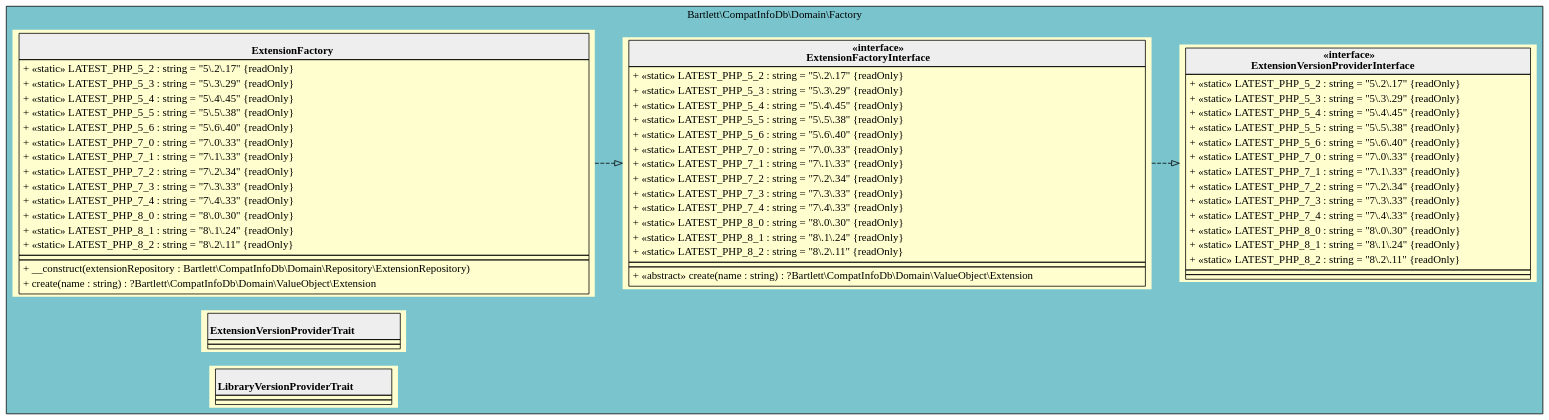
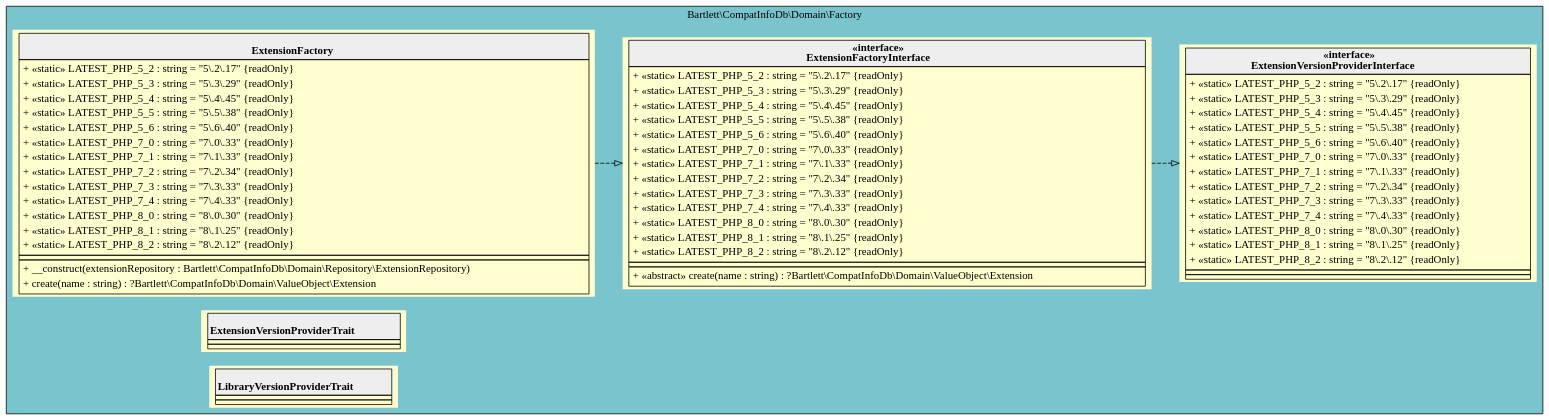
One commit to llaville/php-compatinfo-db changed the diagram in 5.x/assets/images/domain-factory.html.gv. Above: the diagram before and after it, drawn with Graphviz. The commit also changed 39 other files, not shown here.

```diff
--- a/5.x/assets/images/domain-factory.html.gv
+++ b/5.x/assets/images/domain-factory.html.gv
@@ -1,90 +1,90 @@
 digraph {
   graph [rankdir="LR" bgcolor="transparent"]
   node [fillcolor="#FEFECE" style="filled"]
   subgraph cluster_0 {
     graph [bgcolor="cadetblue3"]
     label = "Bartlett\\CompatInfoDb\\Domain\\Factory"
     "Bartlett\\CompatInfoDb\\Domain\\Factory\\ExtensionFactory" [shape="none" label=<
 <table cellspacing="0" border="0" cellborder="1">
     <tr><td bgcolor="#eeeeee"><b><br/>ExtensionFactory</b></td></tr>
     <tr><td><table border="0" cellspacing="0" cellpadding="2">
     <tr><td align="left">+ «static» LATEST_PHP_5_2 : string = "5\.2\.17" {readOnly}</td></tr>
     <tr><td align="left">+ «static» LATEST_PHP_5_3 : string = "5\.3\.29" {readOnly}</td></tr>
     <tr><td align="left">+ «static» LATEST_PHP_5_4 : string = "5\.4\.45" {readOnly}</td></tr>
     <tr><td align="left">+ «static» LATEST_PHP_5_5 : string = "5\.5\.38" {readOnly}</td></tr>
     <tr><td align="left">+ «static» LATEST_PHP_5_6 : string = "5\.6\.40" {readOnly}</td></tr>
     <tr><td align="left">+ «static» LATEST_PHP_7_0 : string = "7\.0\.33" {readOnly}</td></tr>
     <tr><td align="left">+ «static» LATEST_PHP_7_1 : string = "7\.1\.33" {readOnly}</td></tr>
     <tr><td align="left">+ «static» LATEST_PHP_7_2 : string = "7\.2\.34" {readOnly}</td></tr>
     <tr><td align="left">+ «static» LATEST_PHP_7_3 : string = "7\.3\.33" {readOnly}</td></tr>
     <tr><td align="left">+ «static» LATEST_PHP_7_4 : string = "7\.4\.33" {readOnly}</td></tr>
     <tr><td align="left">+ «static» LATEST_PHP_8_0 : string = "8\.0\.30" {readOnly}</td></tr>
-    <tr><td align="left">+ «static» LATEST_PHP_8_1 : string = "8\.1\.24" {readOnly}</td></tr>
-    <tr><td align="left">+ «static» LATEST_PHP_8_2 : string = "8\.2\.11" {readOnly}</td></tr>
+    <tr><td align="left">+ «static» LATEST_PHP_8_1 : string = "8\.1\.25" {readOnly}</td></tr>
+    <tr><td align="left">+ «static» LATEST_PHP_8_2 : string = "8\.2\.12" {readOnly}</td></tr>
 </table></td></tr>
     <tr><td></td></tr>
     <tr><td><table border="0" cellspacing="0" cellpadding="2">
     <tr><td align="left">+ __construct(extensionRepository : Bartlett\\CompatInfoDb\\Domain\\Repository\\ExtensionRepository)</td></tr>
     <tr><td align="left">+ create(name : string) : ?Bartlett\\CompatInfoDb\\Domain\\ValueObject\\Extension</td></tr>
 </table></td></tr>
 </table>>]
     "Bartlett\\CompatInfoDb\\Domain\\Factory\\ExtensionFactoryInterface" [shape="none" label=<
 <table cellspacing="0" border="0" cellborder="1">
     <tr><td bgcolor="#eeeeee"><b>«interface»<br/>ExtensionFactoryInterface</b></td></tr>
     <tr><td><table border="0" cellspacing="0" cellpadding="2">
     <tr><td align="left">+ «static» LATEST_PHP_5_2 : string = "5\.2\.17" {readOnly}</td></tr>
     <tr><td align="left">+ «static» LATEST_PHP_5_3 : string = "5\.3\.29" {readOnly}</td></tr>
     <tr><td align="left">+ «static» LATEST_PHP_5_4 : string = "5\.4\.45" {readOnly}</td></tr>
     <tr><td align="left">+ «static» LATEST_PHP_5_5 : string = "5\.5\.38" {readOnly}</td></tr>
     <tr><td align="left">+ «static» LATEST_PHP_5_6 : string = "5\.6\.40" {readOnly}</td></tr>
     <tr><td align="left">+ «static» LATEST_PHP_7_0 : string = "7\.0\.33" {readOnly}</td></tr>
     <tr><td align="left">+ «static» LATEST_PHP_7_1 : string = "7\.1\.33" {readOnly}</td></tr>
     <tr><td align="left">+ «static» LATEST_PHP_7_2 : string = "7\.2\.34" {readOnly}</td></tr>
     <tr><td align="left">+ «static» LATEST_PHP_7_3 : string = "7\.3\.33" {readOnly}</td></tr>
     <tr><td align="left">+ «static» LATEST_PHP_7_4 : string = "7\.4\.33" {readOnly}</td></tr>
     <tr><td align="left">+ «static» LATEST_PHP_8_0 : string = "8\.0\.30" {readOnly}</td></tr>
-    <tr><td align="left">+ «static» LATEST_PHP_8_1 : string = "8\.1\.24" {readOnly}</td></tr>
-    <tr><td align="left">+ «static» LATEST_PHP_8_2 : string = "8\.2\.11" {readOnly}</td></tr>
+    <tr><td align="left">+ «static» LATEST_PHP_8_1 : string = "8\.1\.25" {readOnly}</td></tr>
+    <tr><td align="left">+ «static» LATEST_PHP_8_2 : string = "8\.2\.12" {readOnly}</td></tr>
 </table></td></tr>
     <tr><td></td></tr>
     <tr><td><table border="0" cellspacing="0" cellpadding="2">
     <tr><td align="left">+ «abstract» create(name : string) : ?Bartlett\\CompatInfoDb\\Domain\\ValueObject\\Extension</td></tr>
 </table></td></tr>
 </table>>]
     "Bartlett\\CompatInfoDb\\Domain\\Factory\\ExtensionVersionProviderInterface" [shape="none" label=<
 <table cellspacing="0" border="0" cellborder="1">
     <tr><td bgcolor="#eeeeee"><b>«interface»<br/>ExtensionVersionProviderInterface</b></td></tr>
     <tr><td><table border="0" cellspacing="0" cellpadding="2">
     <tr><td align="left">+ «static» LATEST_PHP_5_2 : string = "5\.2\.17" {readOnly}</td></tr>
     <tr><td align="left">+ «static» LATEST_PHP_5_3 : string = "5\.3\.29" {readOnly}</td></tr>
     <tr><td align="left">+ «static» LATEST_PHP_5_4 : string = "5\.4\.45" {readOnly}</td></tr>
     <tr><td align="left">+ «static» LATEST_PHP_5_5 : string = "5\.5\.38" {readOnly}</td></tr>
     <tr><td align="left">+ «static» LATEST_PHP_5_6 : string = "5\.6\.40" {readOnly}</td></tr>
     <tr><td align="left">+ «static» LATEST_PHP_7_0 : string = "7\.0\.33" {readOnly}</td></tr>
     <tr><td align="left">+ «static» LATEST_PHP_7_1 : string = "7\.1\.33" {readOnly}</td></tr>
     <tr><td align="left">+ «static» LATEST_PHP_7_2 : string = "7\.2\.34" {readOnly}</td></tr>
     <tr><td align="left">+ «static» LATEST_PHP_7_3 : string = "7\.3\.33" {readOnly}</td></tr>
     <tr><td align="left">+ «static» LATEST_PHP_7_4 : string = "7\.4\.33" {readOnly}</td></tr>
     <tr><td align="left">+ «static» LATEST_PHP_8_0 : string = "8\.0\.30" {readOnly}</td></tr>
-    <tr><td align="left">+ «static» LATEST_PHP_8_1 : string = "8\.1\.24" {readOnly}</td></tr>
-    <tr><td align="left">+ «static» LATEST_PHP_8_2 : string = "8\.2\.11" {readOnly}</td></tr>
+    <tr><td align="left">+ «static» LATEST_PHP_8_1 : string = "8\.1\.25" {readOnly}</td></tr>
+    <tr><td align="left">+ «static» LATEST_PHP_8_2 : string = "8\.2\.12" {readOnly}</td></tr>
 </table></td></tr>
     <tr><td></td></tr>
     <tr><td></td></tr>
 </table>>]
     "Bartlett\\CompatInfoDb\\Domain\\Factory\\ExtensionVersionProviderTrait" [shape="none" label=<
 <table cellspacing="0" border="0" cellborder="1">
     <tr><td bgcolor="#eeeeee"><b><br/>ExtensionVersionProviderTrait</b></td></tr>
     <tr><td></td></tr>
     <tr><td></td></tr>
 </table>>]
     "Bartlett\\CompatInfoDb\\Domain\\Factory\\LibraryVersionProviderTrait" [shape="none" label=<
 <table cellspacing="0" border="0" cellborder="1">
     <tr><td bgcolor="#eeeeee"><b><br/>LibraryVersionProviderTrait</b></td></tr>
     <tr><td></td></tr>
     <tr><td></td></tr>
 </table>>]
   }
   "Bartlett\\CompatInfoDb\\Domain\\Factory\\ExtensionFactoryInterface" -> "Bartlett\\CompatInfoDb\\Domain\\Factory\\ExtensionVersionProviderInterface" [arrowhead="empty" style="dashed"]
   "Bartlett\\CompatInfoDb\\Domain\\Factory\\ExtensionFactory" -> "Bartlett\\CompatInfoDb\\Domain\\Factory\\ExtensionFactoryInterface" [arrowhead="empty" style="dashed"]
 }
```
